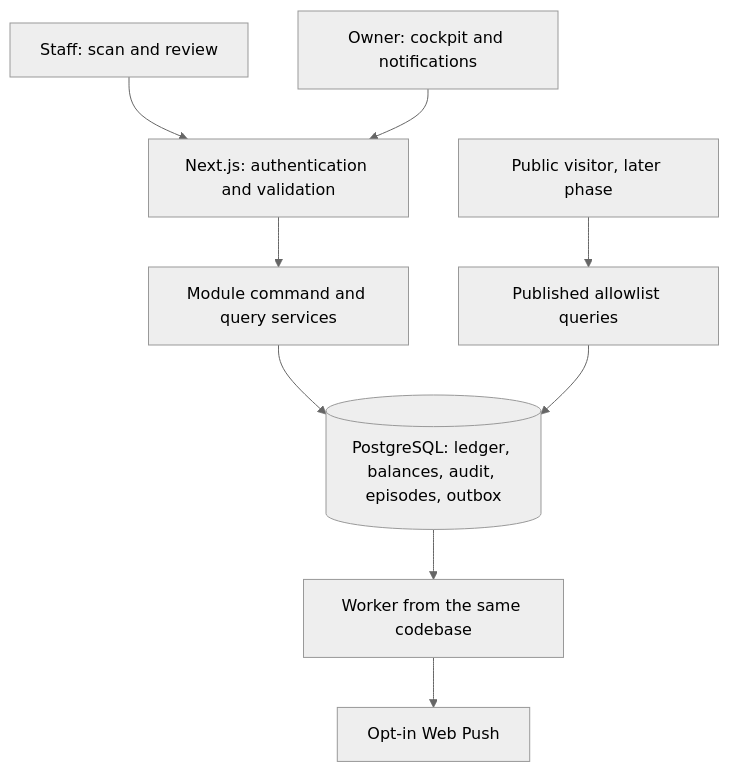
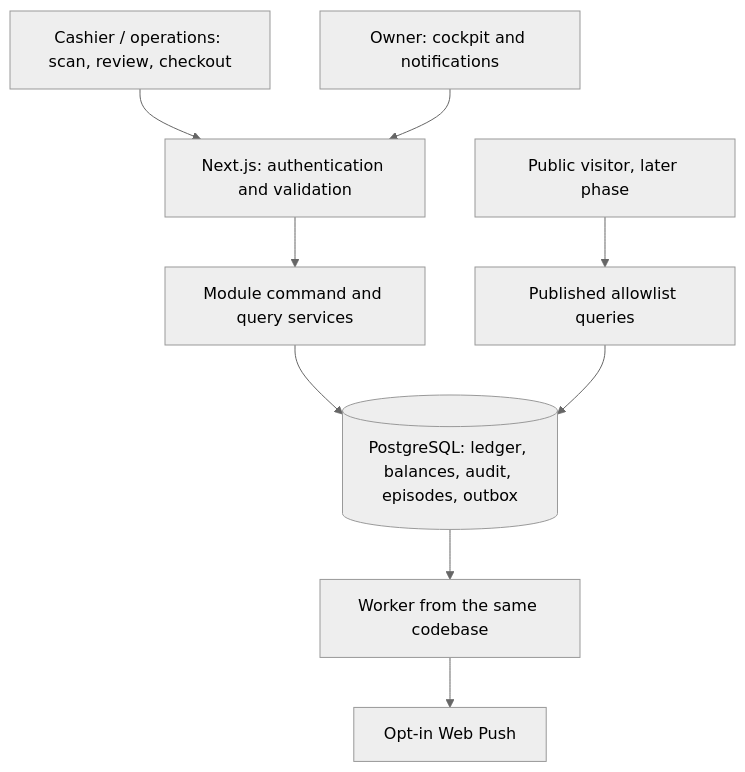
Before and after one commit to yusufarst/bantukasir: the diagram in docs/02-ARCHITECTURE.md, drawn with Mermaid (neutral theme). The commit also changed other lines of this file and 16 other files, not shown here.

````diff
--- a/docs/02-ARCHITECTURE.md
+++ b/docs/02-ARCHITECTURE.md
@@ -9,11 +9,11 @@
 ```mermaid
 flowchart TD
-  S[Staff: scan and review] --> H[Next.js: authentication and validation]
+  S[Cashier / operations: scan, review, checkout] --> H[Next.js: authentication and validation]
   O[Owner: cockpit and notifications] --> H
   H --> C[Module command and query services]
   C --> P[(PostgreSQL: ledger, balances, audit, episodes, outbox)]
   P --> W[Worker from the same codebase]
   W --> N[Opt-in Web Push]
   V[Public visitor, later phase] --> R[Published allowlist queries]
   R --> P
 ```
````
